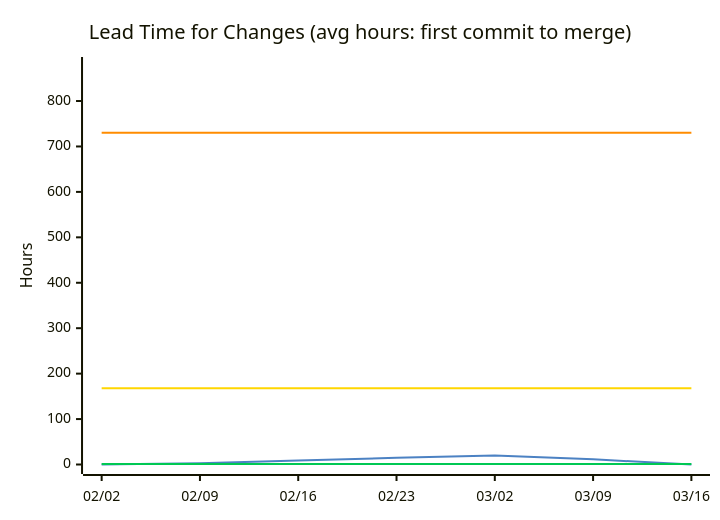
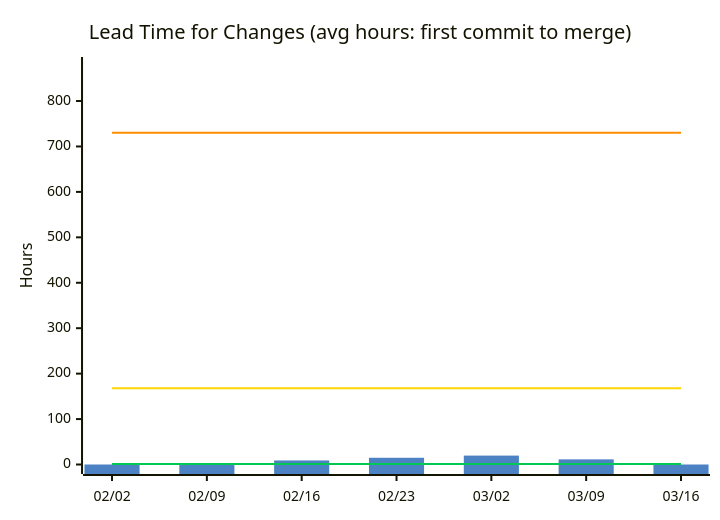
One commit to nablarch/nabledge-dev changed the second of 11 diagrams in docs/metrics.md. Above: the diagram before and after it, drawn with Mermaid. The commit also changed other lines of this file and 1 other file, not shown here.

Commit message:
experiment: use bar for all DORA charts to distinguish data from threshold lines

````diff
--- a/docs/metrics.md
+++ b/docs/metrics.md
@@ -21,11 +21,11 @@
 ```mermaid
 %%{init: {'theme': 'base', 'themeVariables': {'xyChart': {'plotColorPalette': '#4C82C3,#00C853,#FFD600,#FF8C00'}}}}%%
 xychart-beta
   title "Lead Time for Changes (avg hours: first commit to merge)"
   x-axis ["02/02", "02/09", "02/16", "02/23", "03/02", "03/09", "03/16"]
   y-axis "Hours" 0 --> 876
-  line [0, 2.7, 8.9, 14.8, 19.6, 11.3, 0]
+  bar [0, 2.7, 8.9, 14.8, 19.6, 11.3, 0]
   line [1, 1, 1, 1, 1, 1, 1]
   line [168, 168, 168, 168, 168, 168, 168]
   line [730, 730, 730, 730, 730, 730, 730]
 ```
````
